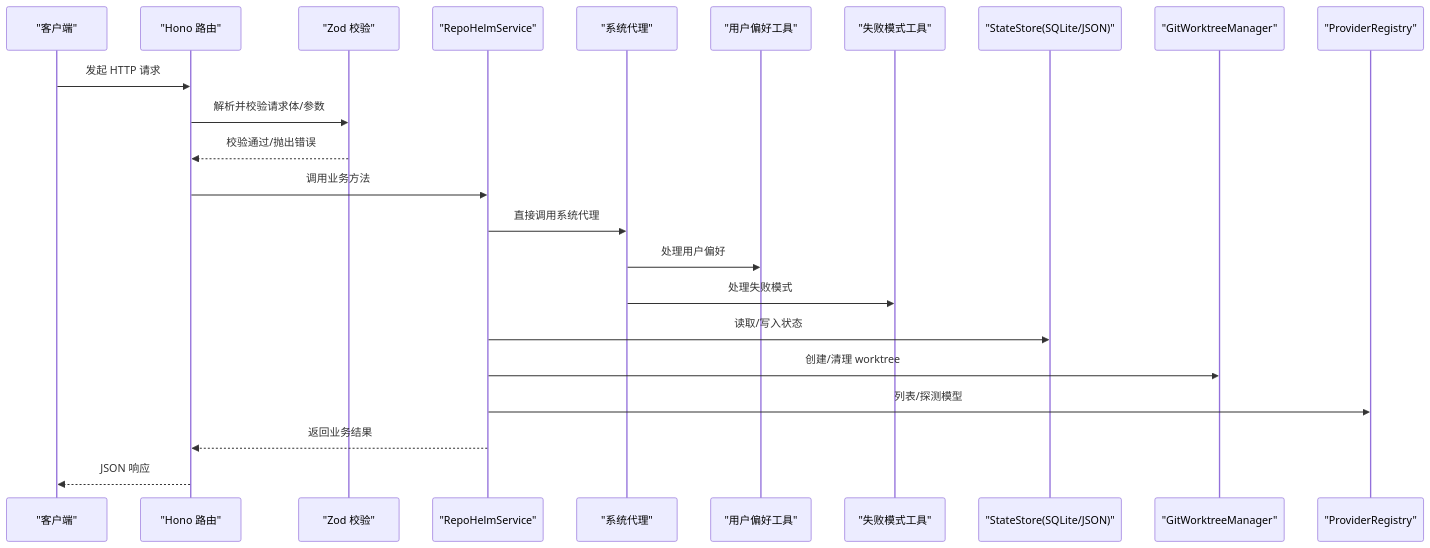
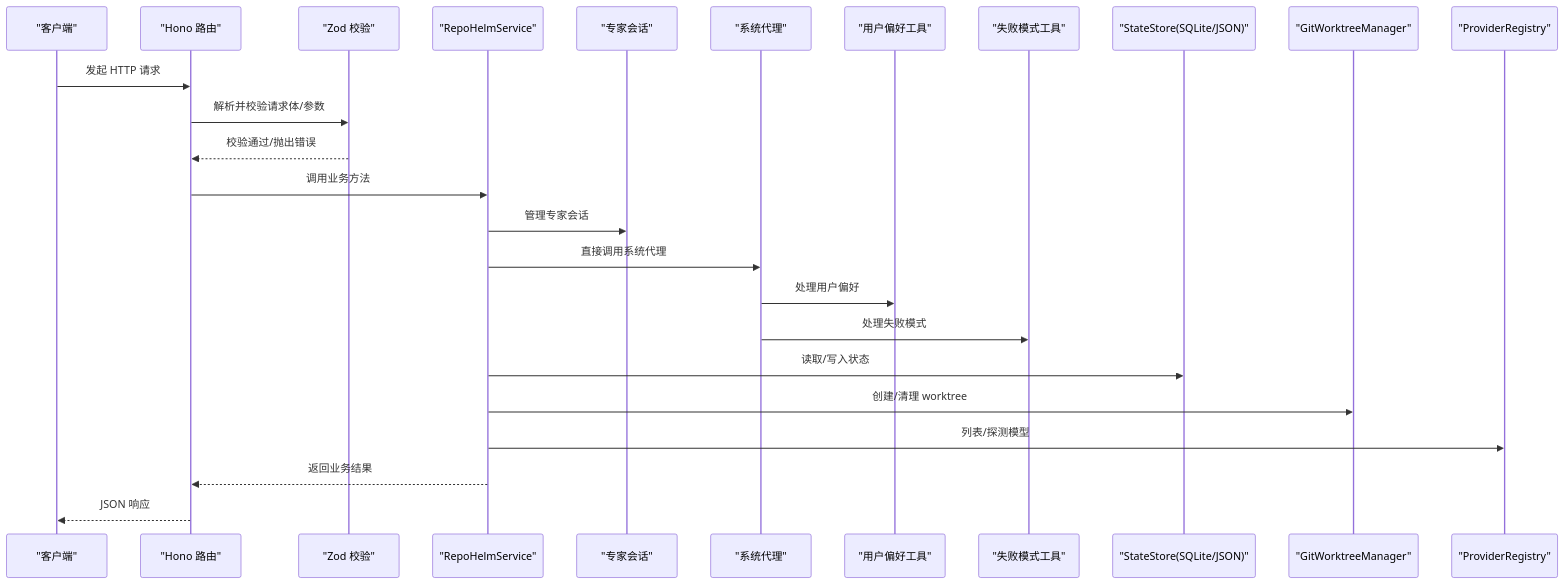
Before and after one commit to coconilu/RepoHelm: the second of 3 diagrams in .qoder/repowiki/zh/content/服务器 API 设计/服务器 API 设计.md, drawn with Mermaid. The commit also changed other lines of this file and 14 other files, not shown here.

````diff
--- a/.qoder/repowiki/zh/content/服务器 API 设计/服务器 API 设计.md
+++ b/.qoder/repowiki/zh/content/服务器 API 设计/服务器 API 设计.md
@@ -110,25 +117,27 @@
 ```mermaid
 sequenceDiagram
 participant Client as "客户端"
 participant Router as "Hono 路由"
 participant Validator as "Zod 校验"
 participant Service as "RepoHelmService"
+participant ExpertSession as "专家会话"
 participant SystemAgent as "系统代理"
 participant HabitsTools as "用户偏好工具"
 participant FailureTools as "失败模式工具"
 participant Store as "StateStore(SQLite/JSON)"
 participant Git as "GitWorktreeManager"
 participant Provider as "ProviderRegistry"
 Client->>Router : 发起 HTTP 请求
 Router->>Validator : 解析并校验请求体/参数
 Validator-->>Router : 校验通过/抛出错误
 Router->>Service : 调用业务方法
+Service->>ExpertSession : 管理专家会话
 Service->>SystemAgent : 直接调用系统代理
 SystemAgent->>HabitsTools : 处理用户偏好
 SystemAgent->>FailureTools : 处理失败模式
 Service->>Store : 读取/写入状态
 Service->>Git : 创建/清理 worktree
 Service->>Provider : 列表/探测模型
 Service-->>Router : 返回业务结果
 Router-->>Client : JSON 响应
 ```
````
